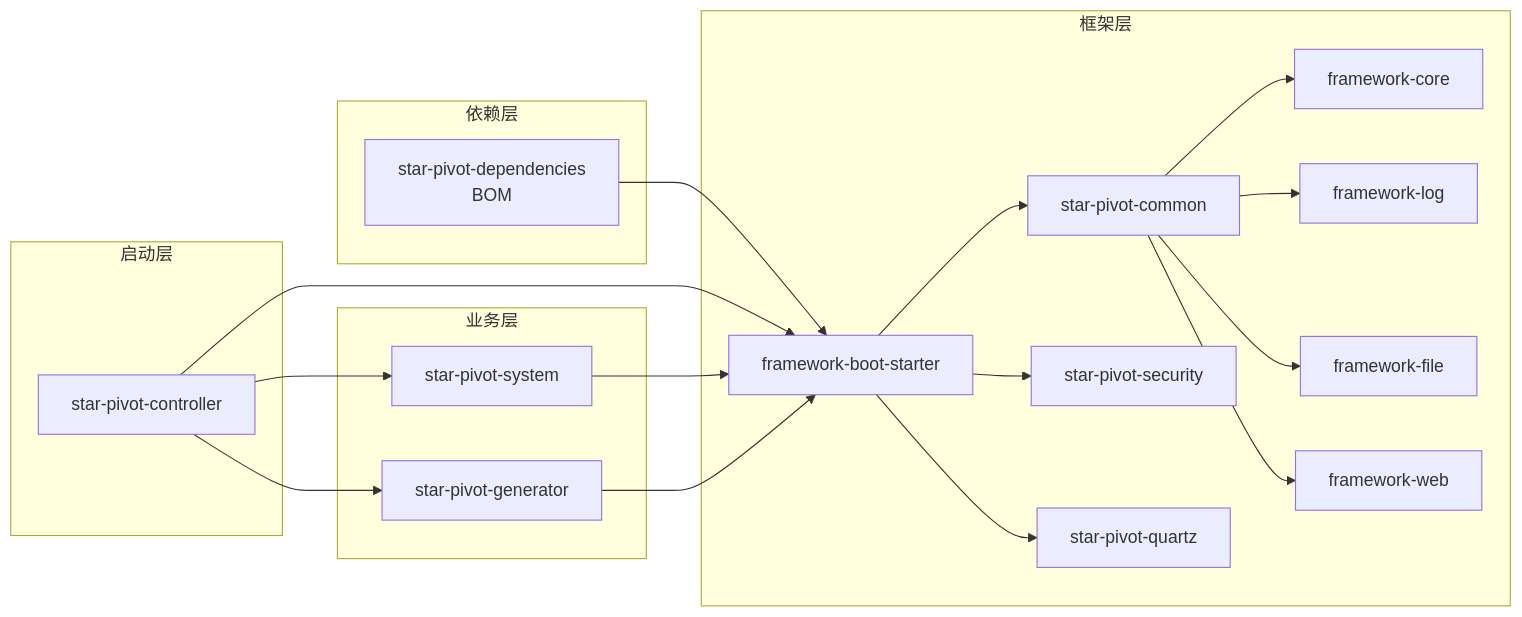
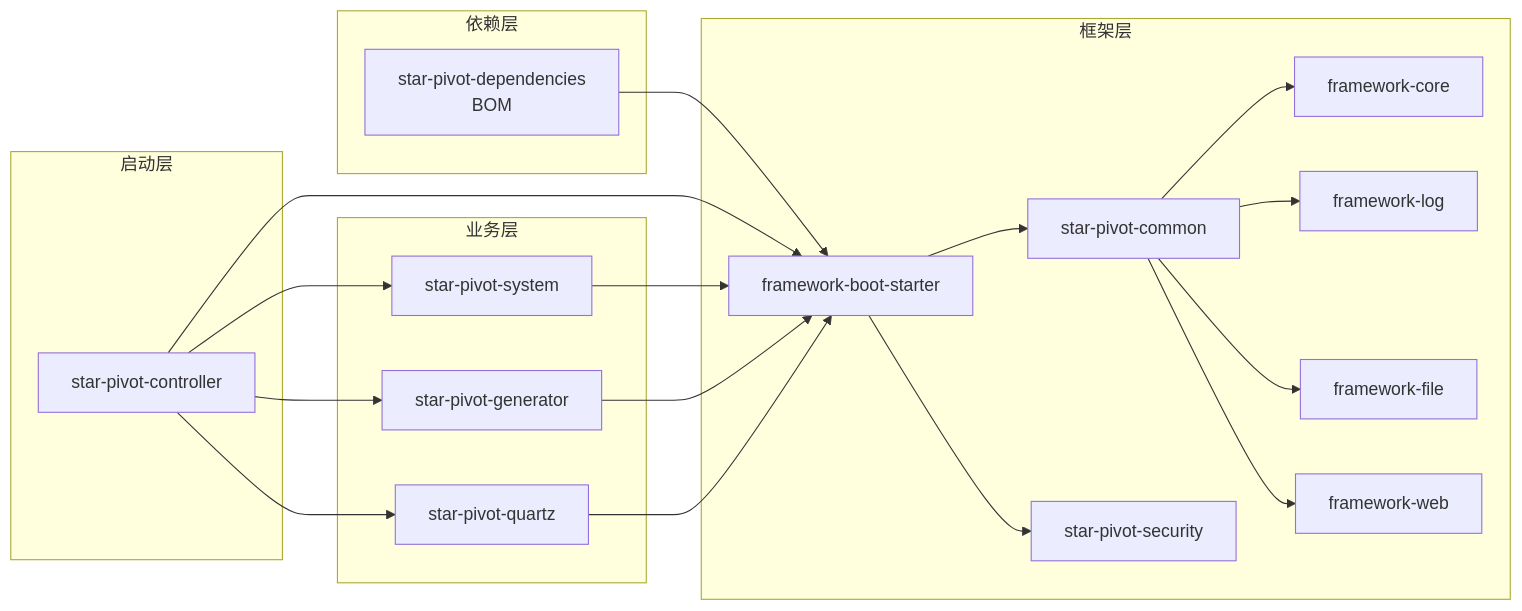
One commit to xinxin-star1998/star-pivot changed the third of 5 diagrams in README.md. Above: the diagram before and after it, drawn with Mermaid. The commit also changed other lines of this file and 23 other files, not shown here.

````diff
--- a/README.md
+++ b/README.md
@@ -190,40 +193,41 @@
 ```mermaid
 flowchart LR
     subgraph 依赖层
         BOM[star-pivot-dependencies<br/>BOM]
     end
 
     subgraph 启动层
         Boot[star-pivot-controller]
     end
 
     subgraph 业务层
         System[star-pivot-system]
         Gen[star-pivot-generator]
+        Quartz[star-pivot-quartz]
     end
 
     subgraph 框架层
         Starter[framework-boot-starter]
         Core[framework-core]
         Log[framework-log]
         File[framework-file]
         Web[framework-web]
         Common[star-pivot-common]
         Sec[star-pivot-security]
-        Quartz[star-pivot-quartz]
     end
 
     BOM --> Starter
     Boot --> System
     Boot --> Gen
+    Boot --> Quartz
     Boot --> Starter
     System --> Starter
     Gen --> Starter
+    Quartz --> Starter
     Starter --> Common
     Starter --> Sec
-    Starter --> Quartz
     Common --> Core
     Common --> Log
     Common --> File
     Common --> Web
 ```
````
